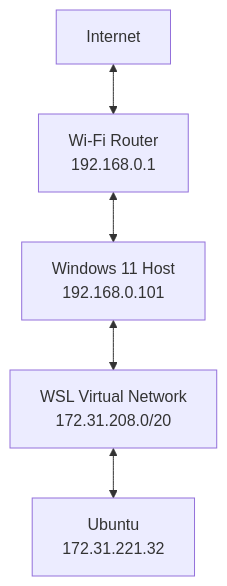
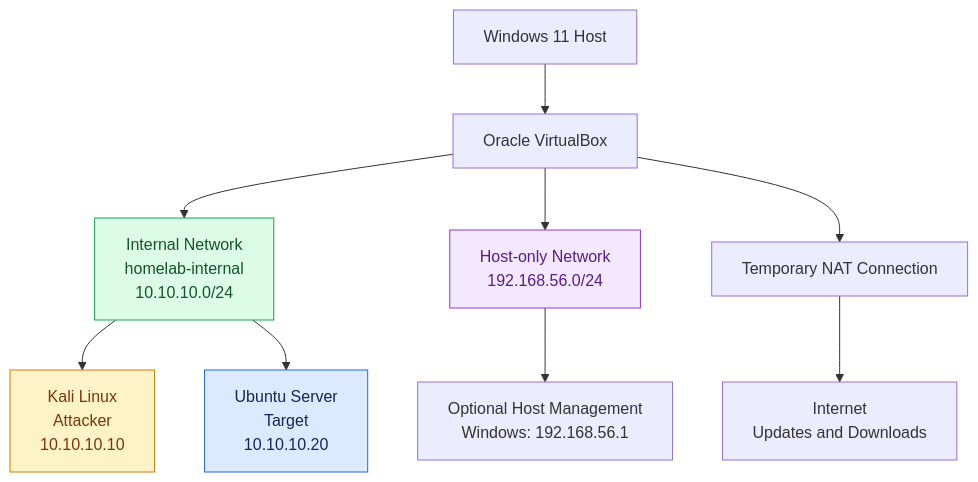
Before and after one commit to alokitadutta22/homelab-cyber: the second of 4 diagrams in README.md, drawn with Mermaid. The commit also changed other lines of this file, not shown here.

````diff
--- a/README.md
+++ b/README.md
@@ -125,13 +146,23 @@
 ```mermaid
-flowchart TD
-    INTERNET["Internet"]
-    ROUTER["Wi-Fi Router<br/>192.168.0.1"]
-    WINDOWS["Windows 11 Host<br/>192.168.0.101"]
-    WSL["WSL Virtual Network<br/>172.31.208.0/20"]
-    UBUNTU["Ubuntu<br/>172.31.221.32"]
+flowchart TB
+    HOST["Windows 11 Host"]
+    VBOX["Oracle VirtualBox"]
 
-    INTERNET <--> ROUTER
-    ROUTER <--> WINDOWS
-    WINDOWS <--> WSL
-    WSL <--> UBUNTU
+    HOST --> VBOX
+
+    VBOX --> INTERNAL["Internal Network<br/>homelab-internal<br/>10.10.10.0/24"]
+
+    INTERNAL --> KALI["Kali Linux<br/>Attacker<br/>10.10.10.10"]
+    INTERNAL --> UBUNTU["Ubuntu Server<br/>Target<br/>10.10.10.20"]
+
+    VBOX --> HOSTONLY["Host-only Network<br/>192.168.56.0/24"]
+    HOSTONLY --> MANAGEMENT["Optional Host Management<br/>Windows: 192.168.56.1"]
+
+    VBOX --> NAT["Temporary NAT Connection"]
+    NAT --> INTERNET["Internet<br/>Updates and Downloads"]
+
+    style INTERNAL fill:#dcfce7,stroke:#16a34a,color:#14532d
+    style KALI fill:#fef3c7,stroke:#d97706,color:#78350f
+    style UBUNTU fill:#dbeafe,stroke:#2563eb,color:#172554
+    style HOSTONLY fill:#f3e8ff,stroke:#9333ea,color:#581c87
 ```
````
